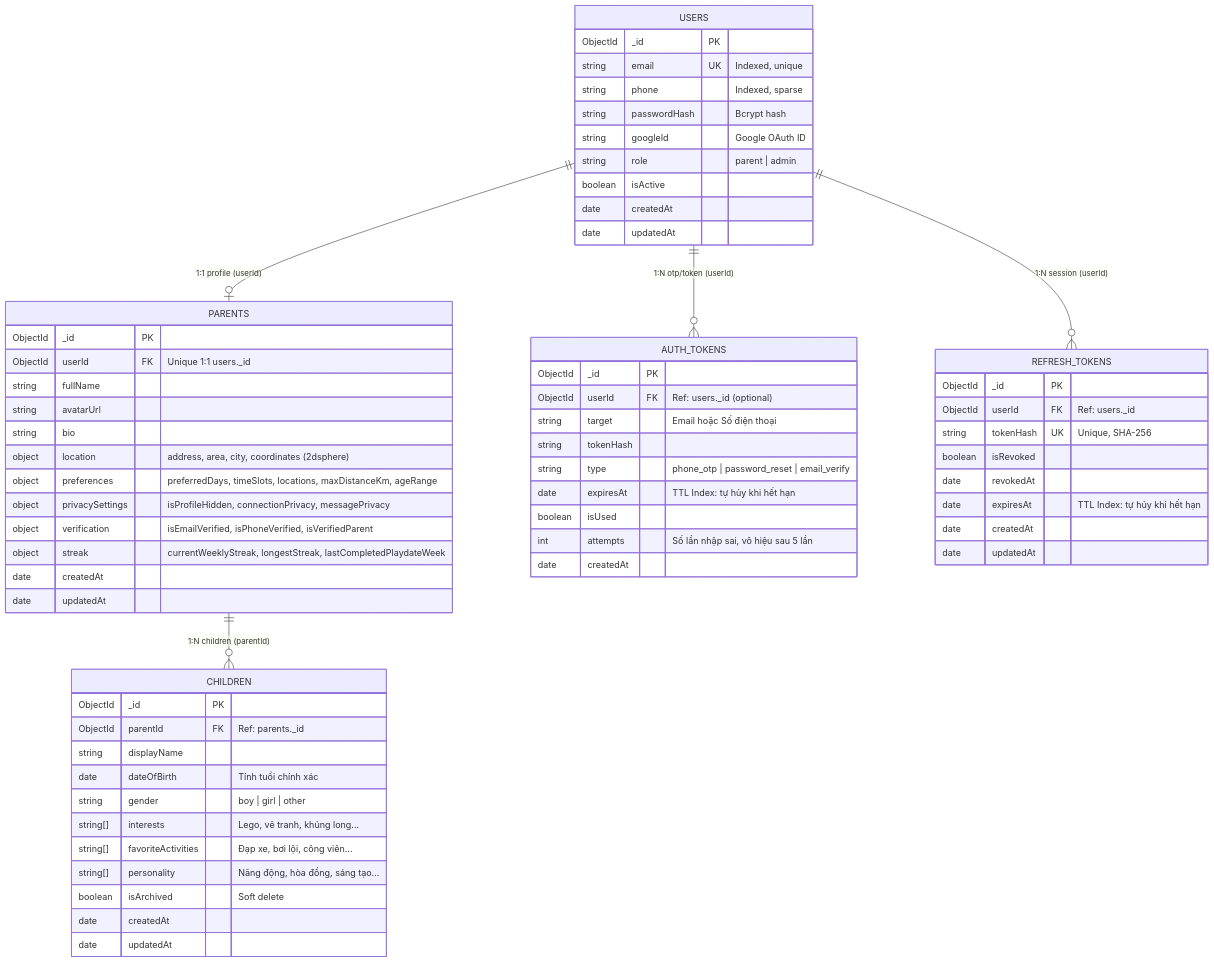
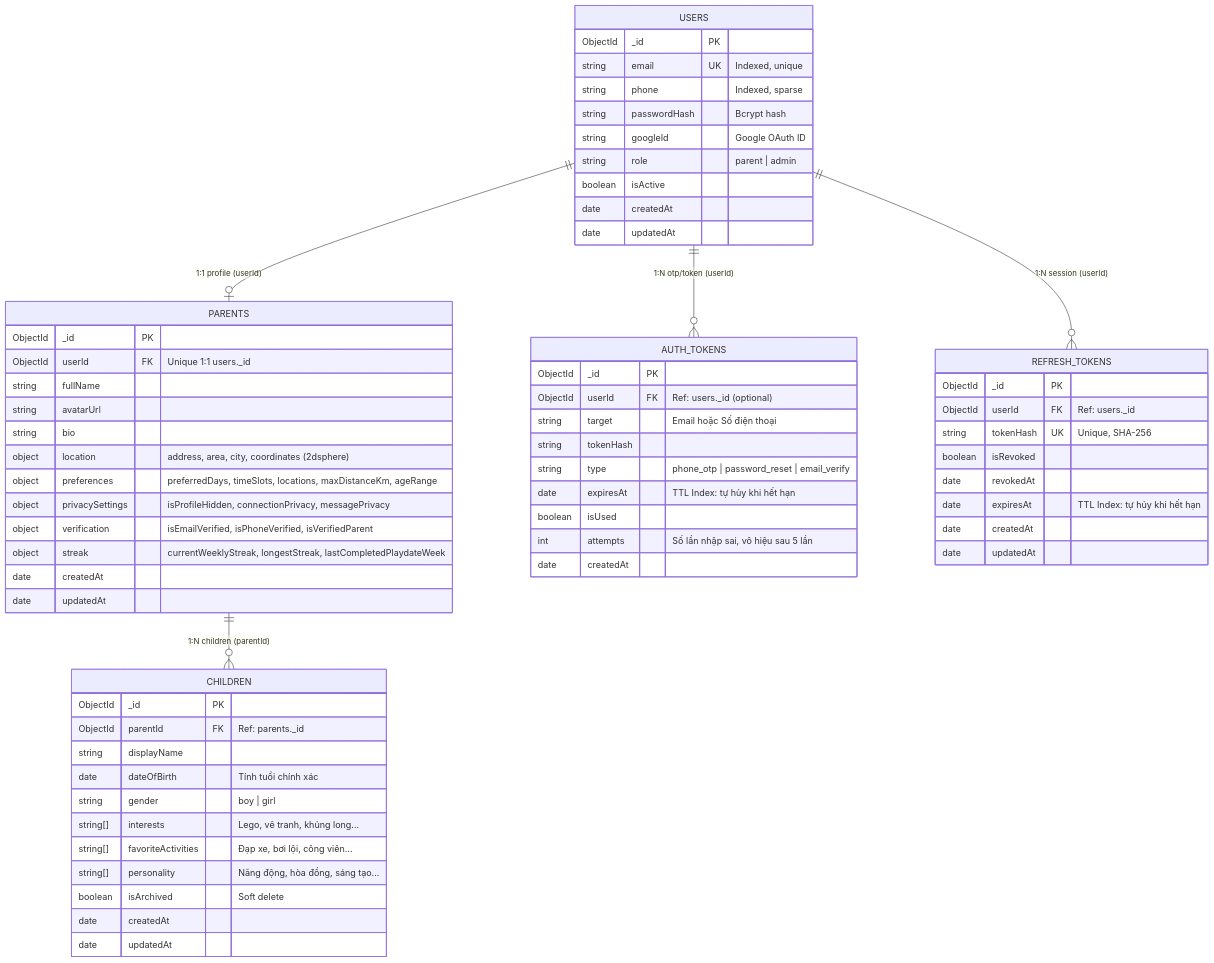
The second of 8 diagrams in docs/DATABASE_SCHEMA.md (BuddyLink-Team/Back-End), drawn with Mermaid before and after one commit. The commit also changed other lines of this file and 50 other files, not shown here.

````diff
--- a/docs/DATABASE_SCHEMA.md
+++ b/docs/DATABASE_SCHEMA.md
@@ -121,71 +121,71 @@
 ```mermaid
 erDiagram
     USERS ||--o| PARENTS : "1:1 profile (userId)"
     USERS ||--o{ AUTH_TOKENS : "1:N otp/token (userId)"
     USERS ||--o{ REFRESH_TOKENS : "1:N session (userId)"
     PARENTS ||--o{ CHILDREN : "1:N children (parentId)"
 
     USERS {
         ObjectId _id PK
         string email UK "Indexed, unique"
         string phone "Indexed, sparse"
         string passwordHash "Bcrypt hash"
         string googleId "Google OAuth ID"
         string role "parent | admin"
         boolean isActive
         date createdAt
         date updatedAt
     }
 
     PARENTS {
         ObjectId _id PK
         ObjectId userId FK "Unique 1:1 users._id"
         string fullName
         string avatarUrl
         string bio
         object location "address, area, city, coordinates (2dsphere)"
         object preferences "preferredDays, timeSlots, locations, maxDistanceKm, ageRange"
         object privacySettings "isProfileHidden, connectionPrivacy, messagePrivacy"
         object verification "isEmailVerified, isPhoneVerified, isVerifiedParent"
         object streak "currentWeeklyStreak, longestStreak, lastCompletedPlaydateWeek"
         date createdAt
         date updatedAt
     }
 
     CHILDREN {
         ObjectId _id PK
         ObjectId parentId FK "Ref: parents._id"
         string displayName
         date dateOfBirth "Tính tuổi chính xác"
-        string gender "boy | girl | other"
+        string gender "boy | girl"
         string[] interests "Lego, vẽ tranh, khủng long..."
         string[] favoriteActivities "Đạp xe, bơi lội, công viên..."
         string[] personality "Năng động, hòa đồng, sáng tạo..."
         boolean isArchived "Soft delete"
         date createdAt
         date updatedAt
     }
 
     AUTH_TOKENS {
         ObjectId _id PK
         ObjectId userId FK "Ref: users._id (optional)"
         string target "Email hoặc Số điện thoại"
         string tokenHash
         string type "phone_otp | password_reset | email_verify"
         date expiresAt "TTL Index: tự hủy khi hết hạn"
         boolean isUsed
         int attempts "Số lần nhập sai, vô hiệu sau 5 lần"
         date createdAt
     }
 
     REFRESH_TOKENS {
         ObjectId _id PK
         ObjectId userId FK "Ref: users._id"
         string tokenHash UK "Unique, SHA-256"
         boolean isRevoked
         date revokedAt
         date expiresAt "TTL Index: tự hủy khi hết hạn"
         date createdAt
         date updatedAt
     }
 ```
````
